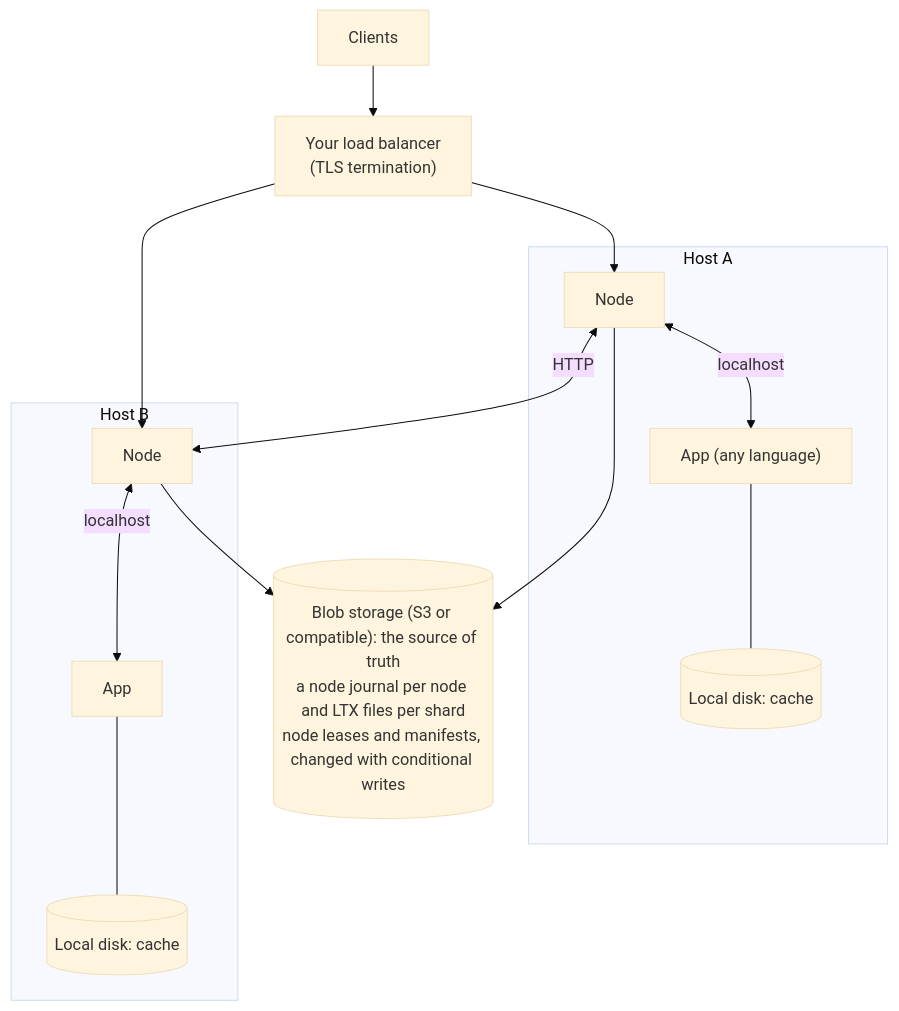
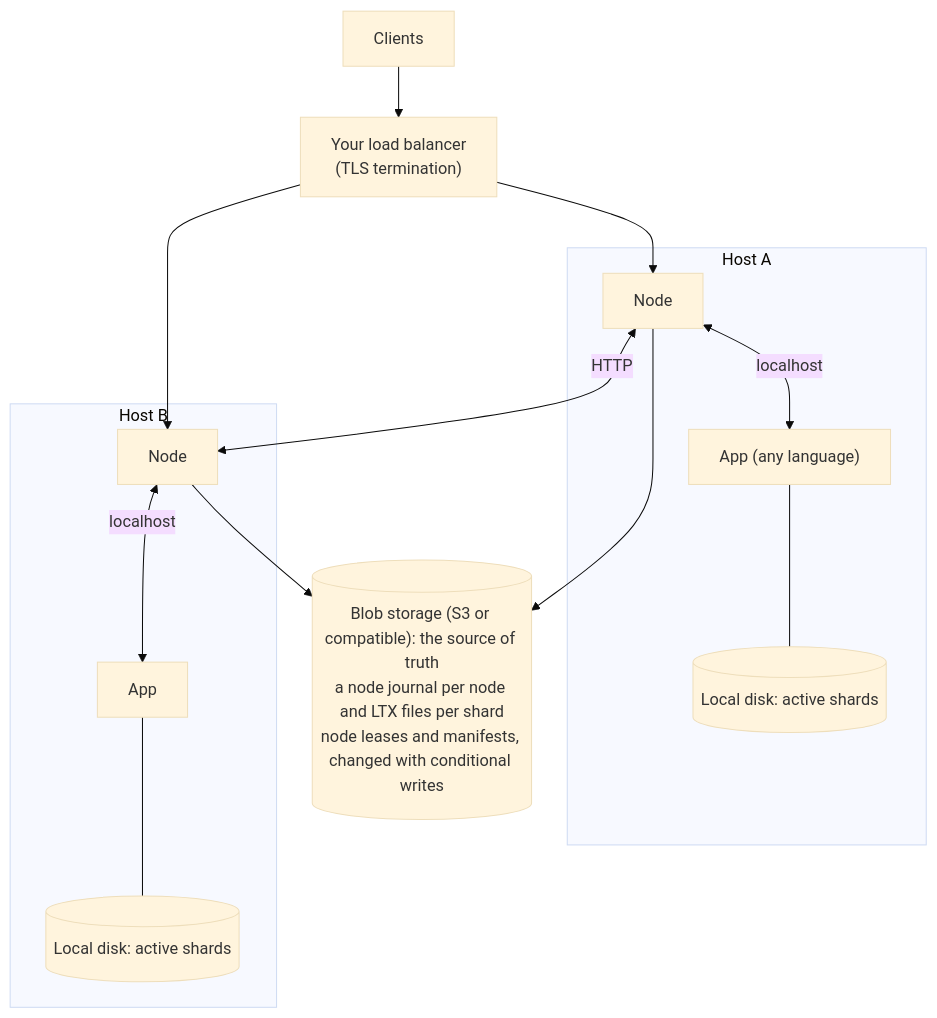
Before and after one commit to luci1900/shardlite: the diagram in docs/overview.md, drawn with Mermaid (base theme). The commit also changed other lines of this file and 209 other files, not shown here.

First line of the commit message:
placement, push, lease scan and local cache

````diff
--- a/docs/overview.md
+++ b/docs/overview.md
@@ -48,22 +46,22 @@
 ```mermaid
 flowchart TB
   clients[Clients] --> lb["Your load balancer<br/>(TLS termination)"]
   lb --> nodeA
   lb --> nodeB
 
   subgraph hostA [Host A]
     nodeA[Node] <-->|localhost| appA["App (any language)"]
-    appA --- diskA[("Local disk: cache")]
+    appA --- diskA[("Local disk: active shards")]
   end
 
   subgraph hostB [Host B]
     nodeB[Node] <-->|localhost| appB[App]
-    appB --- diskB[("Local disk: cache")]
+    appB --- diskB[("Local disk: active shards")]
   end
 
   nodeA <-->|HTTP| nodeB
 
   nodeA --> blob
   nodeB --> blob
   blob[("Blob storage (S3 or compatible): the source of truth<br/>a node journal per node and LTX files per shard<br/>node leases and manifests, changed with conditional writes")]
 ```
````
